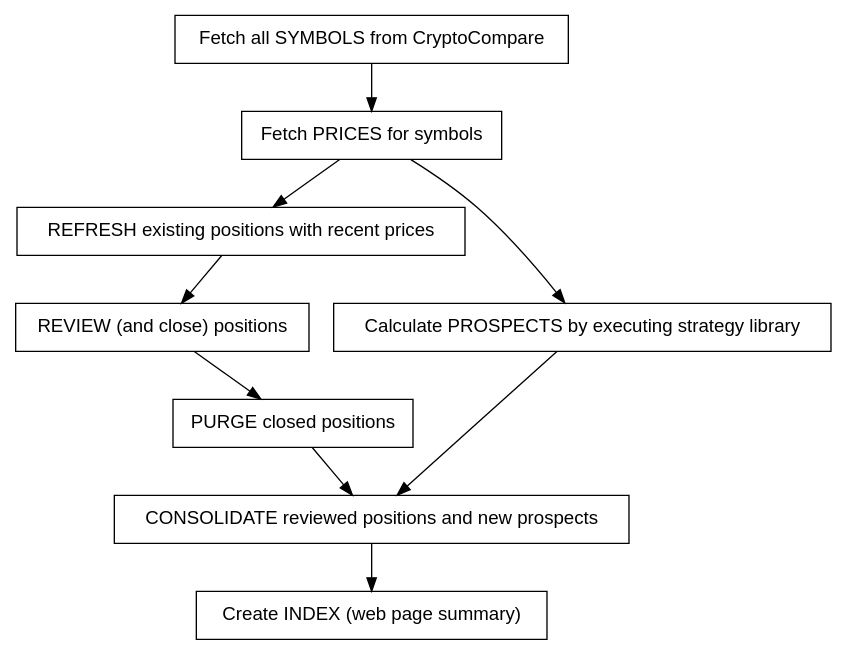
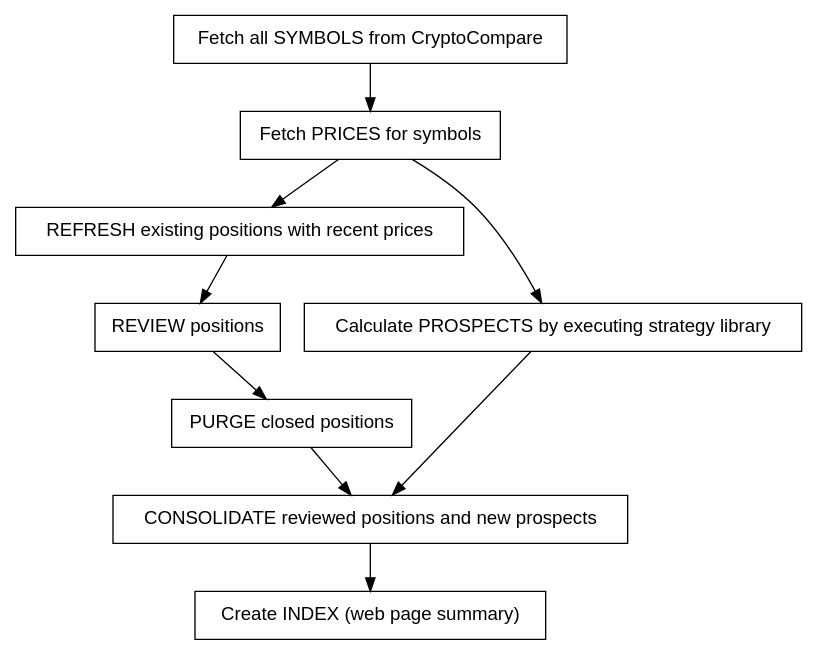
One commit to deanturpin/handt changed the diagram in doc/handt.dot. Above: the diagram before and after it, drawn with Graphviz. The commit also changed 1 other file, not shown here.

Commit message:
Update flow diagram (remove "and close")

```diff
--- a/doc/handt.dot
+++ b/doc/handt.dot
@@ -1,25 +1,25 @@
 digraph {
 
   node [fontname=Helvetica shape=box]
 
-  review [label="REVIEW (and close) positions"]
+  review [label="REVIEW positions"]
   purge [label="PURGE closed positions"]
   consolidate [label="CONSOLIDATE reviewed positions and new prospects"]
   index [label="Create INDEX (web page summary)"]
   refresh [label= "REFRESH existing positions with recent prices"]
 
   "Fetch all SYMBOLS from CryptoCompare"
     -> "Fetch PRICES for symbols"
     -> refresh
     -> review
 
   "Fetch PRICES for symbols"
     -> "Calculate PROSPECTS by executing strategy library"
     -> consolidate
 
   // Consolidate takes review and new
   review
     -> purge
     -> consolidate
     -> index
 }
```
